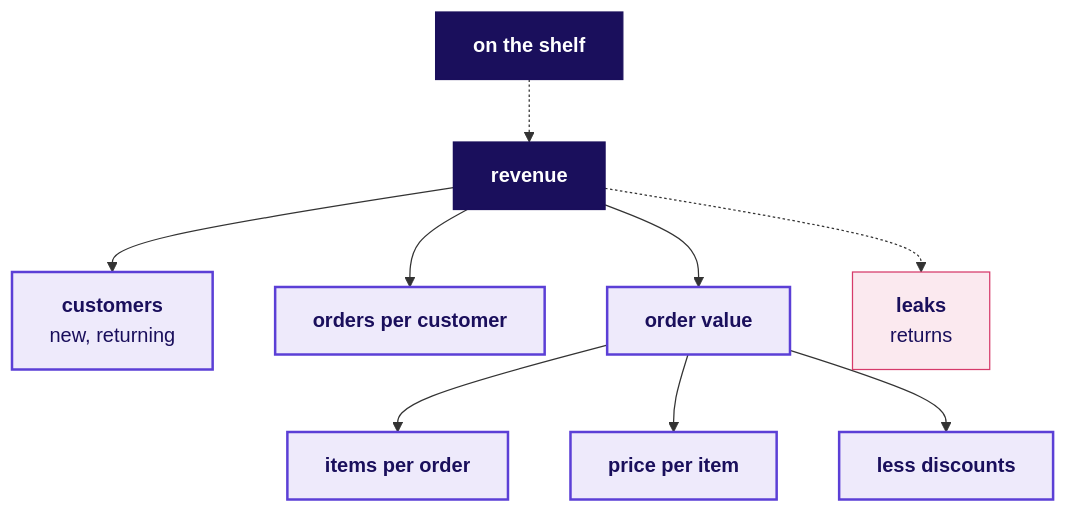
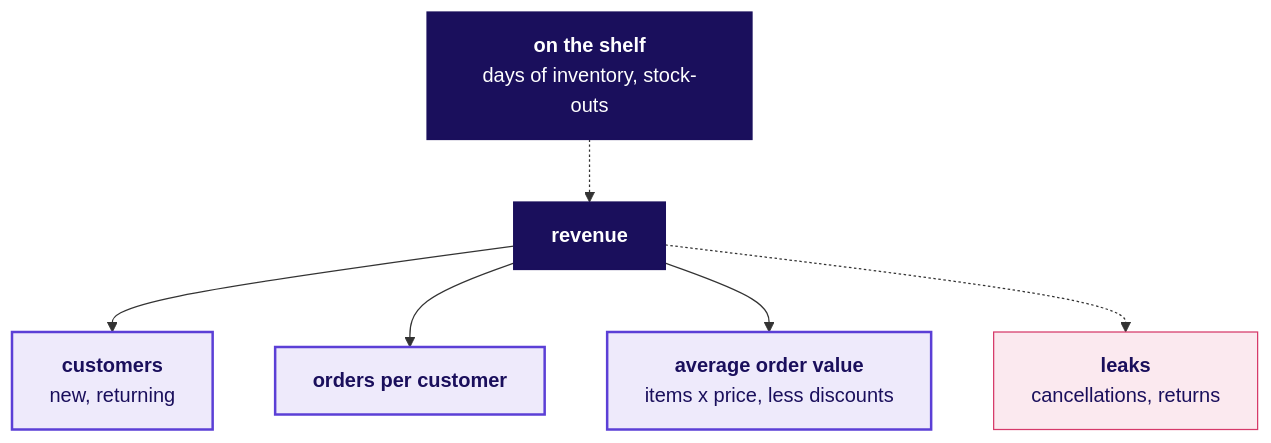
The fifth of 18 diagrams in content/W01/D1/slides/C2_W01_D01_half1_STUDENT.md (fde-academy-lab/c2-content-factory), drawn with Mermaid before and after one commit. The commit also changed other lines of this file and 16 other files, not shown here.

````diff
--- a/content/W01/D1/slides/C2_W01_D01_half1_STUDENT.md
+++ b/content/W01/D1/slides/C2_W01_D01_half1_STUDENT.md
@@ -163,17 +168,14 @@
 ```mermaid
 flowchart TB
-    R["<b>revenue</b>"] --> C["<b>customers</b><br/>new, returning"]
+    S["<b>on the shelf</b><br/>days of inventory, stock-outs"] -.-> R["<b>revenue</b>"]
+    R --> C["<b>customers</b><br/>new, returning"]
     R --> F["<b>orders per customer</b>"]
-    R --> A["<b>order value</b>"]
-    R -.-> L["<b>leaks</b><br/>returns"]
-    A --> I["<b>items per order</b>"]
-    A --> P["<b>price per item</b>"]
-    A --> D["<b>less discounts</b>"]
-    S["<b>on the shelf</b>"] -.-> R
+    R --> A["<b>average order value</b><br/>items x price, less discounts"]
+    R -.-> L["<b>leaks</b><br/>cancellations, returns"]
     classDef known fill:#EEEAFB,stroke:#5B3FD6,color:#1A0F5C,stroke-width:2px
     classDef bad fill:#FBE9EF,stroke:#D63A6A,color:#1A0F5C
-    classDef bet fill:#1A0F5C,stroke:#1A0F5C,color:#FFFFFF
-    class C,F,A,I,P,D known
+    classDef dark fill:#1A0F5C,stroke:#1A0F5C,color:#FFFFFF
+    class C,F,A known
     class L bad
-    class R,S bet
+    class R,S dark
 ```
````
